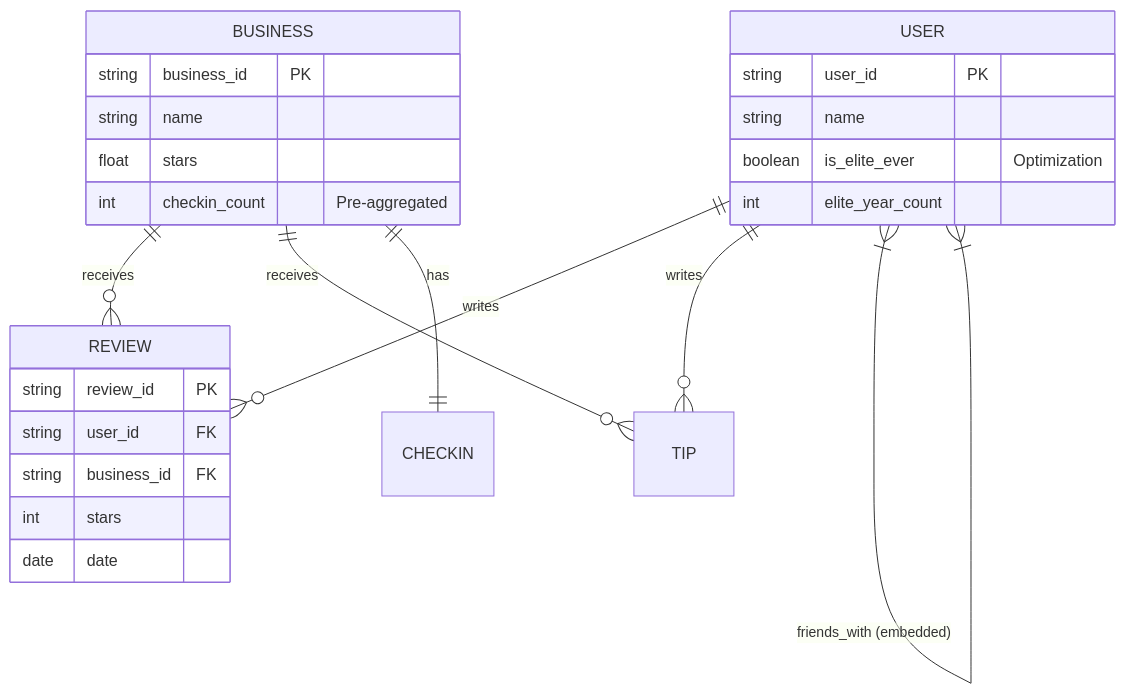
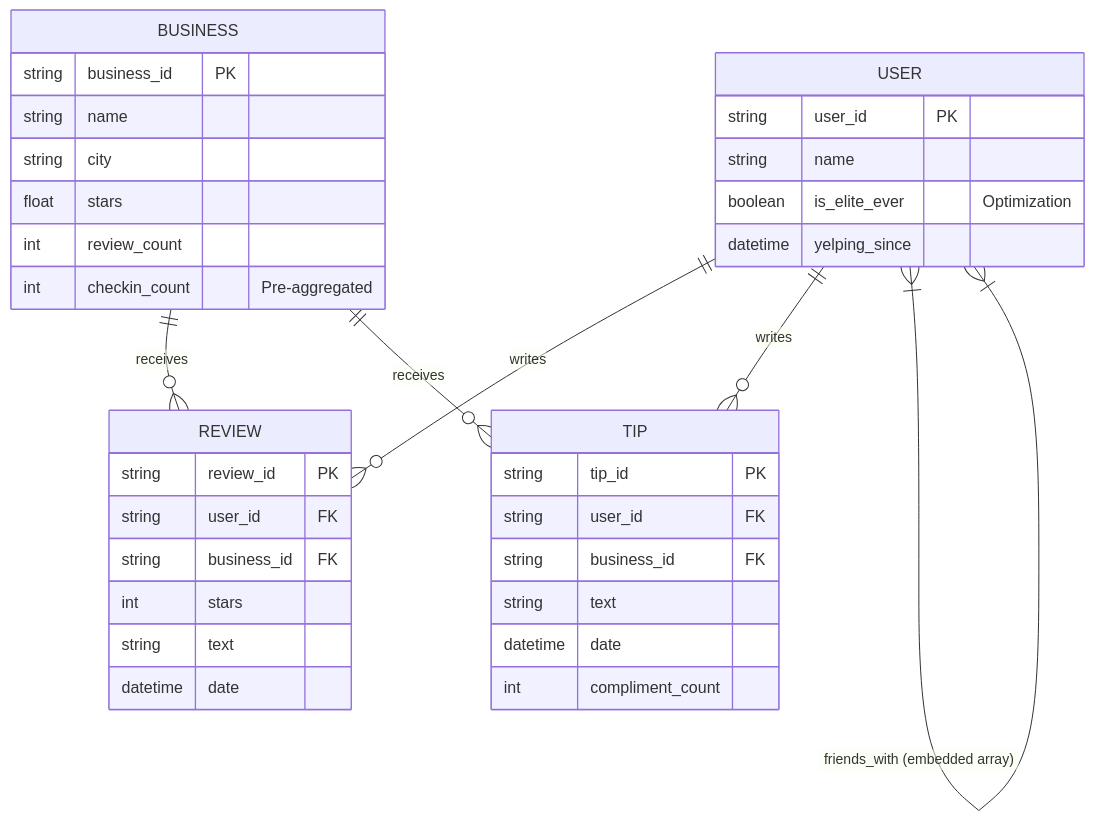
Before and after one commit to ironLegion88/yelp-polyglot-ml-pipeline: the first of 3 diagrams in docs/schema_design.md, drawn with Mermaid. The commit also changed other lines of this file, not shown here.

Commit message:
docs: complete schema design with exhaustive properties and final relationship mappings including temporal data

````diff
--- a/docs/schema_design.md
+++ b/docs/schema_design.md
@@ -21,29 +21,39 @@
 ```mermaid
 erDiagram
     USER ||--o{ REVIEW : "writes"
     USER ||--o{ TIP : "writes"
-    USER }|--|{ USER : "friends_with (embedded)"
+    USER }|--|{ USER : "friends_with (embedded array)"
     BUSINESS ||--o{ REVIEW : "receives"
     BUSINESS ||--o{ TIP : "receives"
-    BUSINESS ||--|| CHECKIN : "has"
 
     BUSINESS {
         string business_id PK
         string name
+        string city
         float stars
+        int review_count
         int checkin_count "Pre-aggregated"
     }
     USER {
         string user_id PK
         string name
         boolean is_elite_ever "Optimization"
-        int elite_year_count
+        datetime yelping_since
     }
     REVIEW {
         string review_id PK
         string user_id FK
         string business_id FK
         int stars
-        date date
+        string text
+        datetime date
+    }
+    TIP {
+        string tip_id PK
+        string user_id FK
+        string business_id FK
+        string text
+        datetime date
+        int compliment_count
     }
 ```
````
